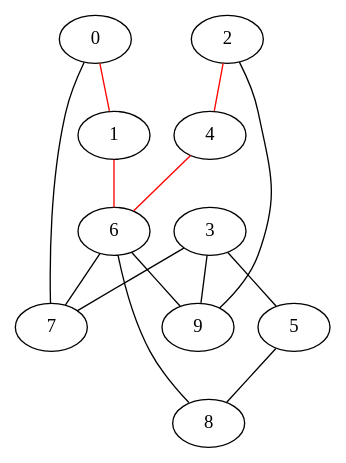
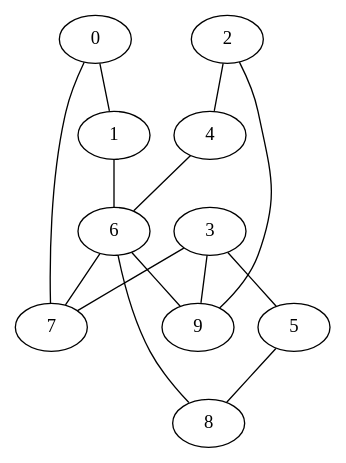
The diagram in week4/three.dot (amitkvikram/CS2100), drawn with Graphviz before and after one commit. The commit also changed 9 other files, not shown here.

```diff
--- a/week4/three.dot
+++ b/week4/three.dot
@@ -1,18 +1,18 @@
 graph three{
-	0 -- 1[color=red];
+	0 -- 1;
 	0 -- 7;
-	1 -- 6[color=red];
-	2 -- 4[color=red];
+	1 -- 6;
+	2 -- 4;
 	2 -- 9;
 	3 -- 5;
 	3 -- 7;
 	3 -- 9;
-	4 -- 6[color=red];
+	4 -- 6;
 	5 -- 8;
 	6 -- 7;
 	6 -- 8;
 	6 -- 9;
 	7;
 	8;
 	9
 }
```
